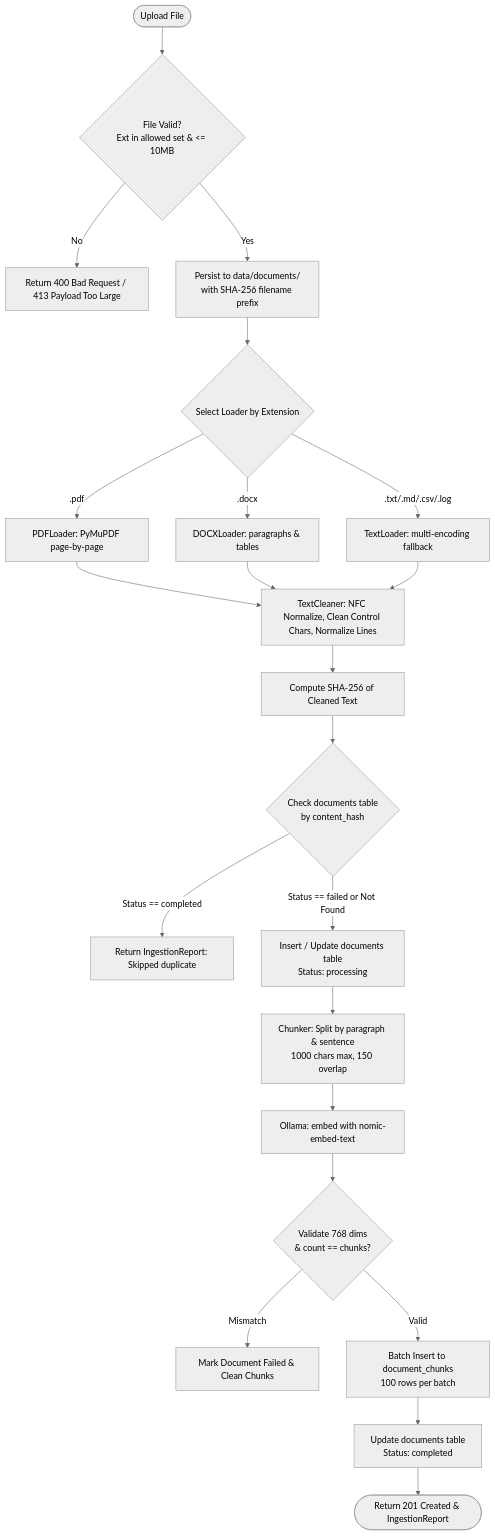
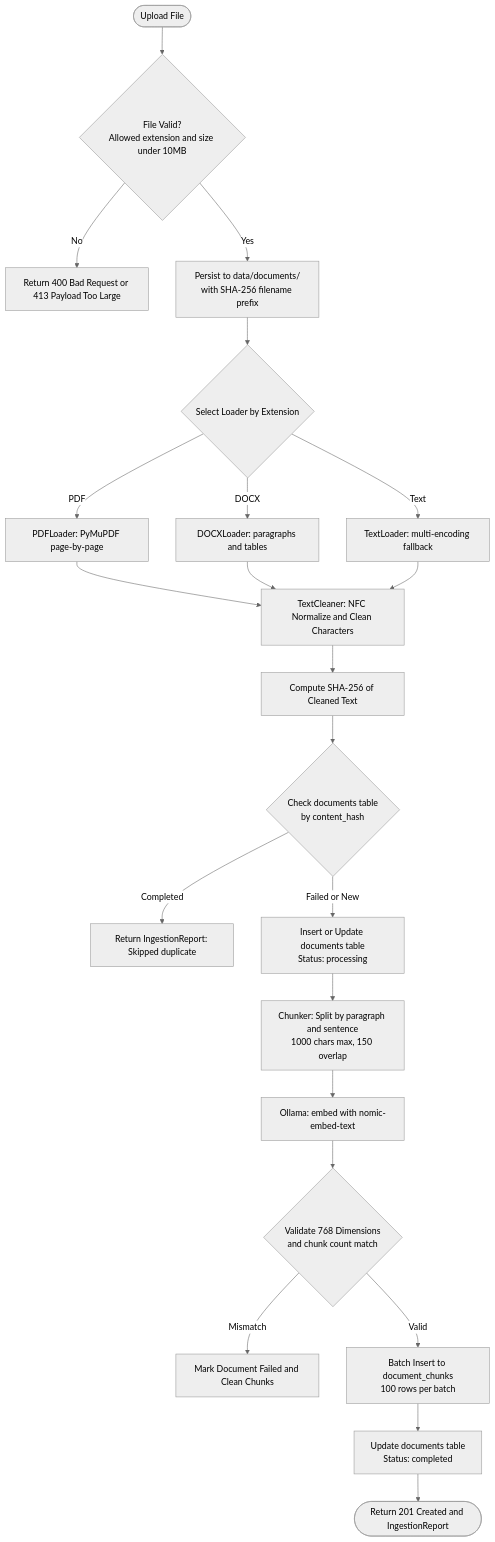
The second of 8 diagrams in README.md (devansharya-dev/RAG), drawn with Mermaid (neutral theme) before and after one commit. The commit also changed other lines of this file, not shown here.

````diff
--- a/README.md
+++ b/README.md
@@ -182,31 +185,31 @@
 ```mermaid
 flowchart TD
-    Start([Upload File]) --> ValidateFile{File Valid?<br/>Ext in allowed set & <= 10MB}
-    ValidateFile -- No --> Err400[Return 400 Bad Request / 413 Payload Too Large]
-    ValidateFile -- Yes --> SaveDisk[Persist to data/documents/<br/>with SHA-256 filename prefix]
+    Start(["Upload File"]) --> ValidateFile{"File Valid?<br/>Allowed extension and size under 10MB"}
+    ValidateFile -- "No" --> Err400["Return 400 Bad Request or 413 Payload Too Large"]
+    ValidateFile -- "Yes" --> SaveDisk["Persist to data/documents/<br/>with SHA-256 filename prefix"]
 
-    SaveDisk --> LoaderSelect{Select Loader by Extension}
-    LoaderSelect -- .pdf --> PDFL[PDFLoader: PyMuPDF page-by-page]
-    LoaderSelect -- .docx --> DOCXL[DOCXLoader: paragraphs & tables]
-    LoaderSelect -- .txt/.md/.csv/.log --> TextL[TextLoader: multi-encoding fallback]
+    SaveDisk --> LoaderSelect{"Select Loader by Extension"}
+    LoaderSelect -- "PDF" --> PDFL["PDFLoader: PyMuPDF page-by-page"]
+    LoaderSelect -- "DOCX" --> DOCXL["DOCXLoader: paragraphs and tables"]
+    LoaderSelect -- "Text" --> TextL["TextLoader: multi-encoding fallback"]
 
-    PDFL --> TextClean[TextCleaner: NFC Normalize, Clean Control Chars, Normalize Lines]
+    PDFL --> TextClean["TextCleaner: NFC Normalize and Clean Characters"]
     DOCXL --> TextClean
     TextL --> TextClean
 
-    TextClean --> HashCheck[Compute SHA-256 of Cleaned Text]
-    HashCheck --> QueryDB{Check documents table<br/>by content_hash}
+    TextClean --> HashCheck["Compute SHA-256 of Cleaned Text"]
+    HashCheck --> QueryDB{"Check documents table<br/>by content_hash"}
 
-    QueryDB -- Status == completed --> SkipDuplicate[Return IngestionReport: Skipped duplicate]
-    QueryDB -- Status == failed or Not Found --> UpsertDoc[Insert / Update documents table<br/>Status: processing]
+    QueryDB -- "Completed" --> SkipDuplicate["Return IngestionReport: Skipped duplicate"]
+    QueryDB -- "Failed or New" --> UpsertDoc["Insert or Update documents table<br/>Status: processing"]
 
-    UpsertDoc --> ChunkerExec[Chunker: Split by paragraph & sentence<br/>1000 chars max, 150 overlap]
-    ChunkerExec --> GenEmbed[Ollama: embed with nomic-embed-text]
+    UpsertDoc --> ChunkerExec["Chunker: Split by paragraph and sentence<br/>1000 chars max, 150 overlap"]
+    ChunkerExec --> GenEmbed["Ollama: embed with nomic-embed-text"]
 
-    GenEmbed --> ValidateEmbed{Validate 768 dims<br/>& count == chunks?}
-    ValidateEmbed -- Mismatch --> FailDoc[Mark Document Failed & Clean Chunks]
-    ValidateEmbed -- Valid --> BatchInsert[Batch Insert to document_chunks<br/>100 rows per batch]
+    GenEmbed --> ValidateEmbed{"Validate 768 Dimensions<br/>and chunk count match"}
+    ValidateEmbed -- "Mismatch" --> FailDoc["Mark Document Failed and Clean Chunks"]
+    ValidateEmbed -- "Valid" --> BatchInsert["Batch Insert to document_chunks<br/>100 rows per batch"]
 
-    BatchInsert --> MarkComplete[Update documents table<br/>Status: completed]
-    MarkComplete --> Finish([Return 201 Created & IngestionReport])
+    BatchInsert --> MarkComplete["Update documents table<br/>Status: completed"]
+    MarkComplete --> Finish(["Return 201 Created and IngestionReport"])
 ```
````
